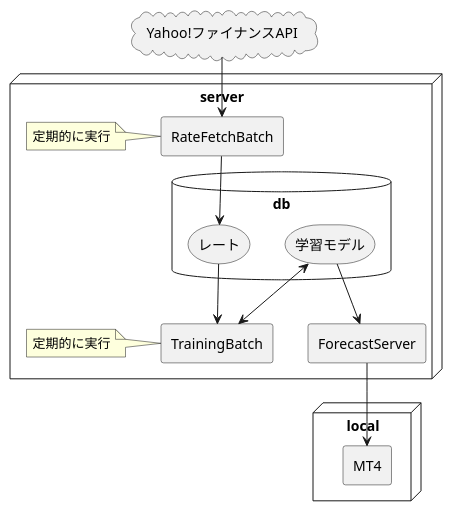
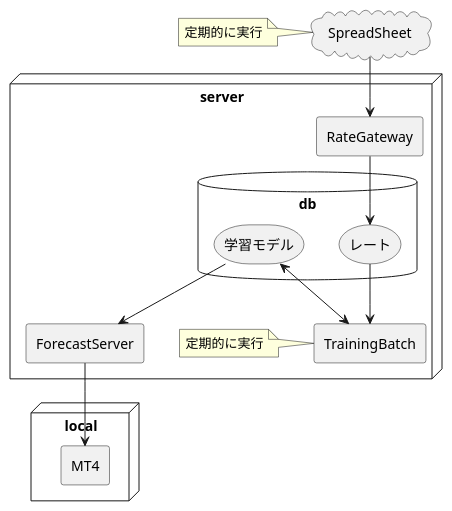
The diagram in docs/overview.plantuml (canpok1/bin-option-rust), drawn with PlantUML before and after one commit.

Commit message:
レートの取得元をspreadsheetに変更

```diff
--- a/docs/overview.plantuml
+++ b/docs/overview.plantuml
@@ -1,42 +1,43 @@
 @startuml bin-option-rust
 
-cloud api [
-    Yahoo!ファイナンスAPI
+cloud gas [
+    SpreadSheet
 ]
+note left of gas
+定期的に実行
+end note
 
 node server {
     database db {
         storage models [
             学習モデル
         ]
         storage rates [
             レート
         ]
     }
 
     agent ForecastServer
-    agent RateFetchBatch
-    note left of RateFetchBatch
-    定期的に実行
-    end note
+
+    agent RateGateway
 
     agent TrainingBatch
     note left of TrainingBatch
     定期的に実行
     end note
 }
 
 node local {
     agent MT4
 }
 
 models --> ForecastServer
 ForecastServer --> MT4
 
 models <--> TrainingBatch
 rates -->TrainingBatch
 
-api --> RateFetchBatch
-RateFetchBatch --> rates
+gas --> RateGateway
+RateGateway --> rates
 
 @enduml
```
